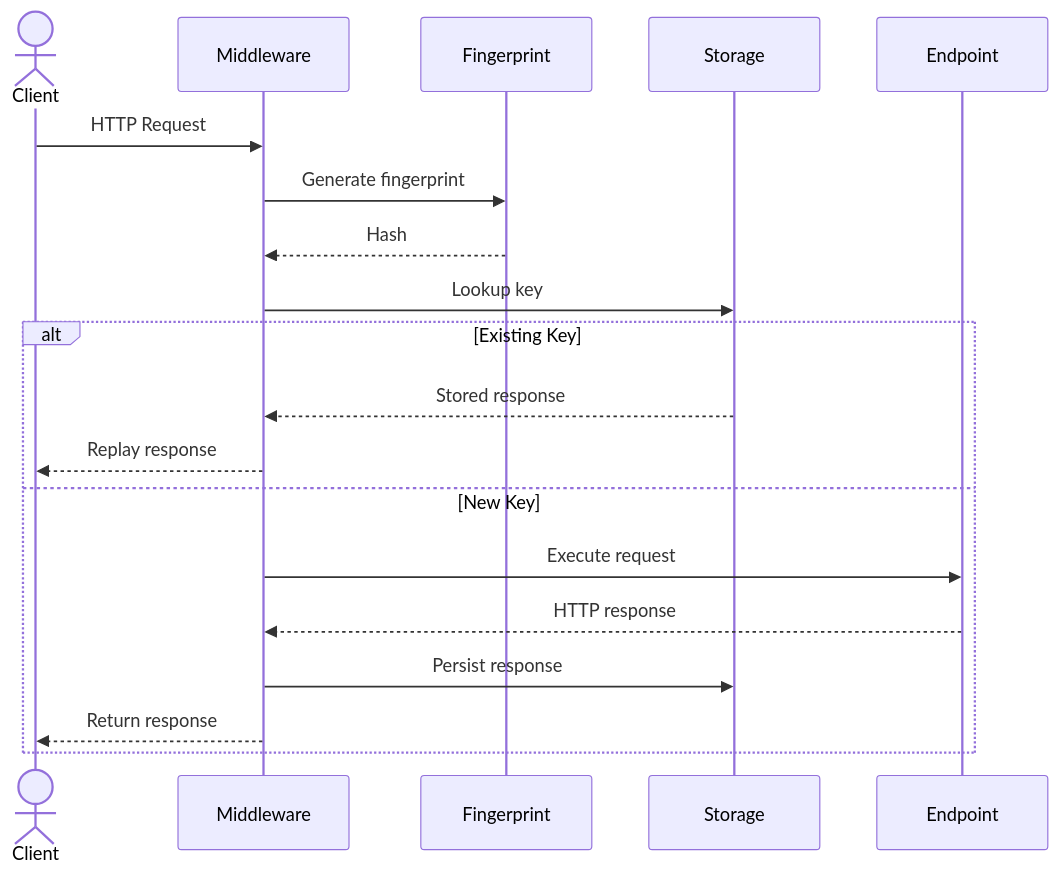
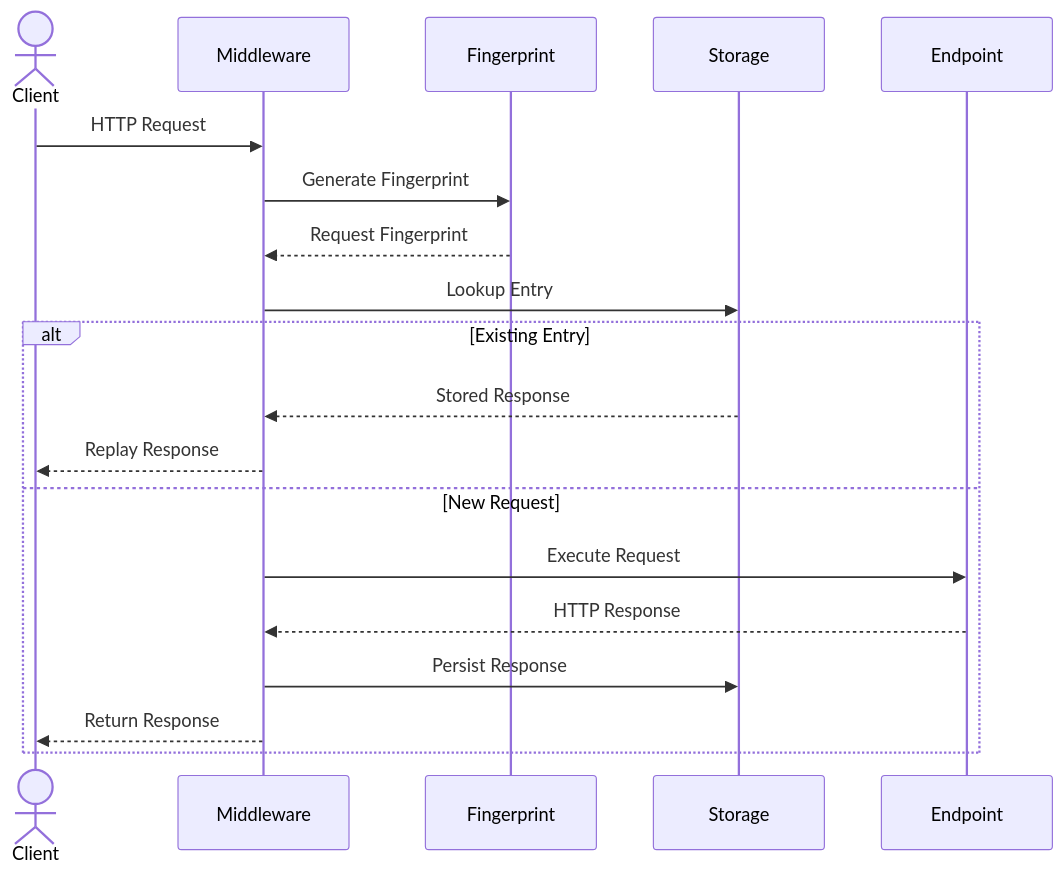
One commit to FEDERIN/CoreSystem changed the second of 3 diagrams in docs/Idempotency/Architecture.md. Above: the diagram before and after it, drawn with Mermaid. The commit also changed other lines of this file and 23 other files, not shown here.

````diff
--- a/docs/Idempotency/Architecture.md
+++ b/docs/Idempotency/Architecture.md
@@ -82,36 +86,36 @@
 ```mermaid
 sequenceDiagram
 
     actor Client
 
     participant Middleware
     participant Fingerprint
     participant Storage
     participant Endpoint
 
     Client->>Middleware: HTTP Request
 
-    Middleware->>Fingerprint: Generate fingerprint
+    Middleware->>Fingerprint: Generate Fingerprint
 
-    Fingerprint-->>Middleware: Hash
+    Fingerprint-->>Middleware: Request Fingerprint
 
-    Middleware->>Storage: Lookup key
+    Middleware->>Storage: Lookup Entry
 
-    alt Existing Key
+    alt Existing Entry
 
-        Storage-->>Middleware: Stored response
+        Storage-->>Middleware: Stored Response
 
-        Middleware-->>Client: Replay response
+        Middleware-->>Client: Replay Response
 
-    else New Key
+    else New Request
 
-        Middleware->>Endpoint: Execute request
+        Middleware->>Endpoint: Execute Request
 
-        Endpoint-->>Middleware: HTTP response
+        Endpoint-->>Middleware: HTTP Response
 
-        Middleware->>Storage: Persist response
+        Middleware->>Storage: Persist Response
 
-        Middleware-->>Client: Return response
+        Middleware-->>Client: Return Response
 
     end
 ```
````
